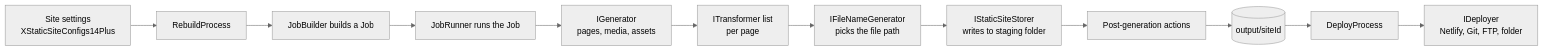
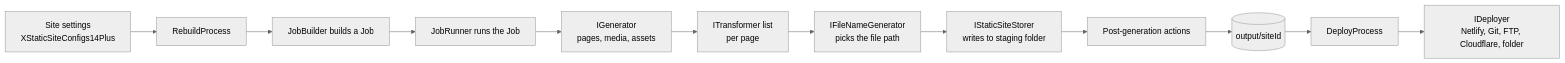
One commit to Mulliman/xStatic-for-Umbraco changed the first of 4 diagrams in Wiki/Architecture.md. Above: the diagram before and after it, drawn with Mermaid (neutral theme). The commit also changed other lines of this file and 26 other files, not shown here.

````diff
--- a/Wiki/Architecture.md
+++ b/Wiki/Architecture.md
@@ -20,14 +20,14 @@
 ```mermaid
 flowchart LR
     A[Site settings<br/>XStaticSiteConfigs14Plus] --> B[RebuildProcess]
     B --> C[JobBuilder builds a Job]
     C --> D[JobRunner runs the Job]
     D --> E[IGenerator<br/>pages, media, assets]
     E --> F[ITransformer list<br/>per page]
     F --> G[IFileNameGenerator<br/>picks the file path]
     G --> H[IStaticSiteStorer<br/>writes to staging folder]
     H --> I[Post-generation actions]
     I --> J[(output/siteId)]
     J --> K[DeployProcess]
-    K --> L[IDeployer<br/>Netlify, Git, FTP, folder]
+    K --> L[IDeployer<br/>Netlify, Git, FTP, Cloudflare, folder]
 ```
````
